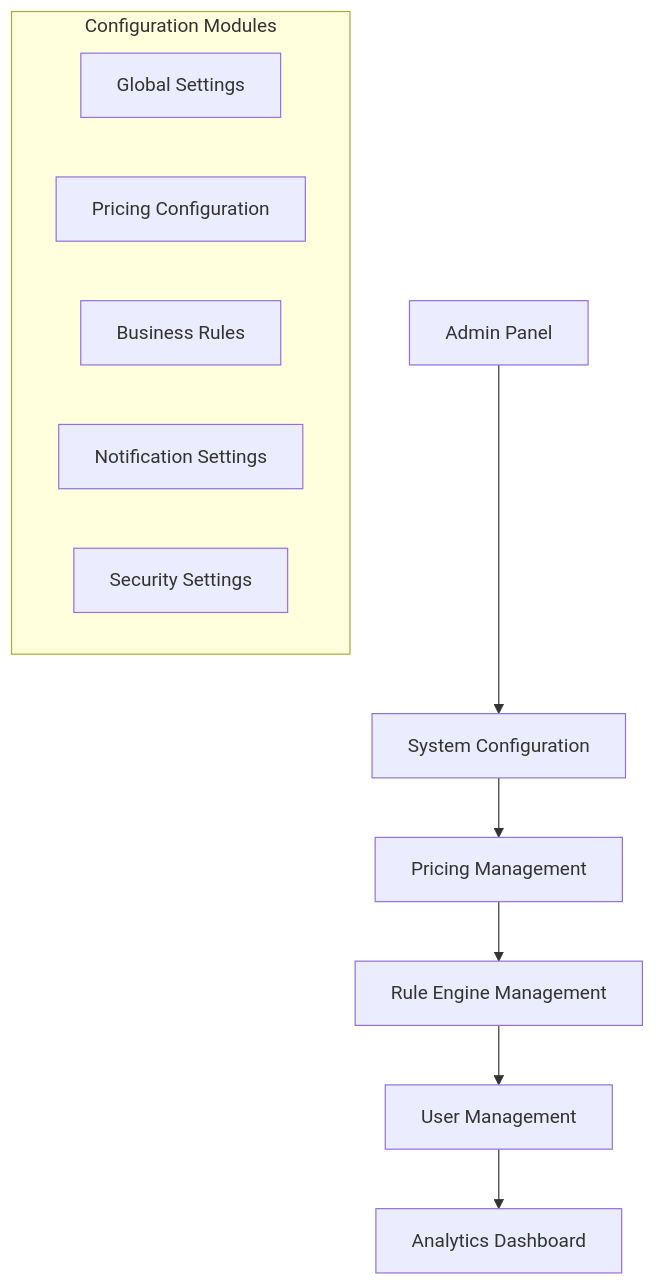
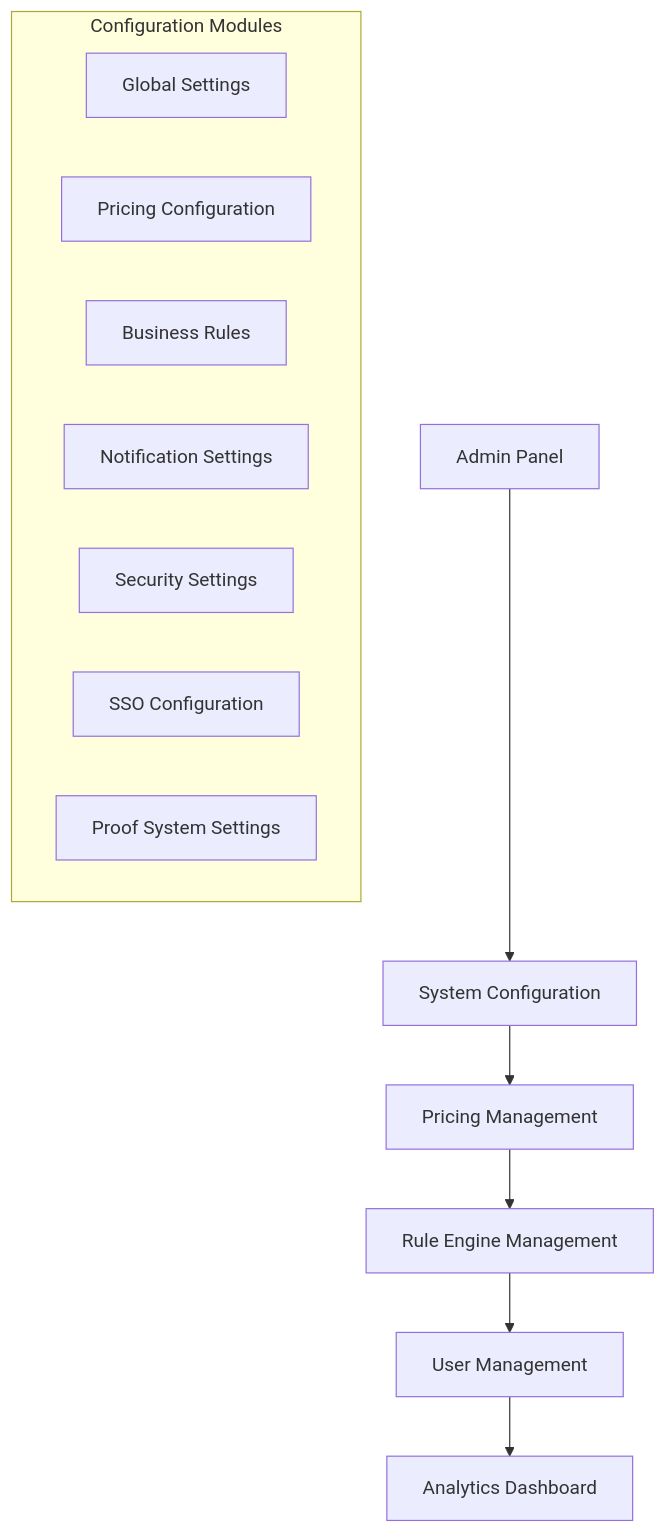
Diagram 17 of 19 in Planing/03-analisa-fitur.md (BlackCoffeee/raujan_pool), drawn with Mermaid before and after one commit. The commit also changed other lines of this file and 4 other files, not shown here.

Commit message:
Update system documentation to include Guest Booking System, Google SSO Integration, and Mobile-First Web Application features, enhancing the overall functionality and user experience for Raujan Pool Syariah management system.

````diff
--- a/Planing/03-analisa-fitur.md
+++ b/Planing/03-analisa-fitur.md
@@ -341,16 +420,18 @@
 ```mermaid
 graph TD
     A[Admin Panel] --> B[System Configuration]
     B --> C[Pricing Management]
     C --> D[Rule Engine Management]
     D --> E[User Management]
     E --> F[Analytics Dashboard]
-
+    
     subgraph "Configuration Modules"
         C1[Global Settings]
         C2[Pricing Configuration]
         C3[Business Rules]
         C4[Notification Settings]
         C5[Security Settings]
+        C6[SSO Configuration]
+        C7[Proof System Settings]
     end
 ```
````
